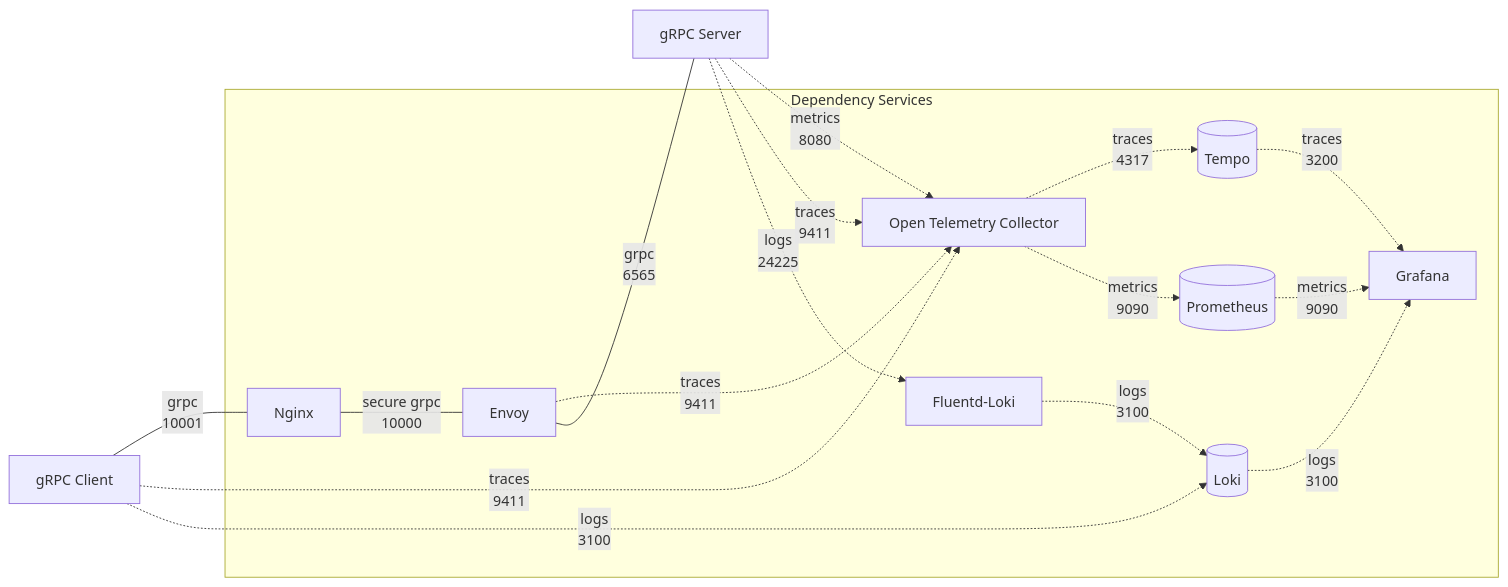
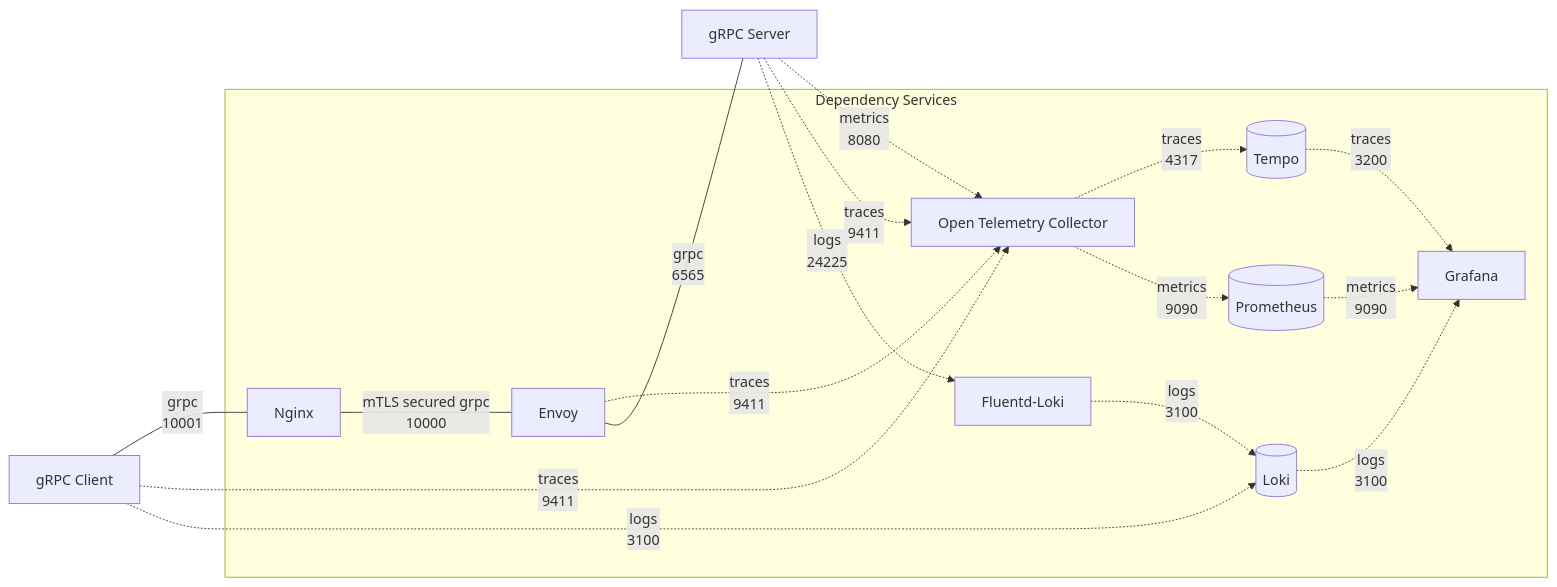
The diagram in README.md (AccelByte/grpc-plugin-dependencies), drawn with Mermaid before and after one commit. The commit also changed other lines of this file and 8 other files, not shown here.

````diff
--- a/README.md
+++ b/README.md
@@ -5,30 +5,30 @@
 ```mermaid
 flowchart LR
     CL[gRPC Client]
     SV[gRPC Server]
 	EN[Envoy]
     NX[Nginx]
 	OT[Open Telemetry Collector]
     TM[(Tempo)]
     LK[(Loki)]
     PM[(Prometheus)]
     GF[Grafana]	
     FL[Fluentd-Loki]
 	subgraph Dependency Services
-        NX ---|secure grpc\n10000| EN
+        NX ---|mTLS secured grpc\n10000| EN
         EN -.->|traces\n9411| OT
         OT -.->|traces\n4317| TM
         OT -.->|metrics\n9090| PM
         FL -.->|logs\n3100| LK
         TM -.->|traces\n3200| GF
         PM -.->|metrics\n9090| GF
         LK -.->|logs\n3100| GF
     end
     CL ---|grpc\n10001| NX
     CL -.->|traces\n9411| OT
     CL -.->|logs\n3100| LK
     EN ---|grpc\n6565| SV
     SV -.->|metrics\n8080| OT
     SV -.->|traces\n9411| OT
     SV -.->|logs\n24225| FL
 ```
````
